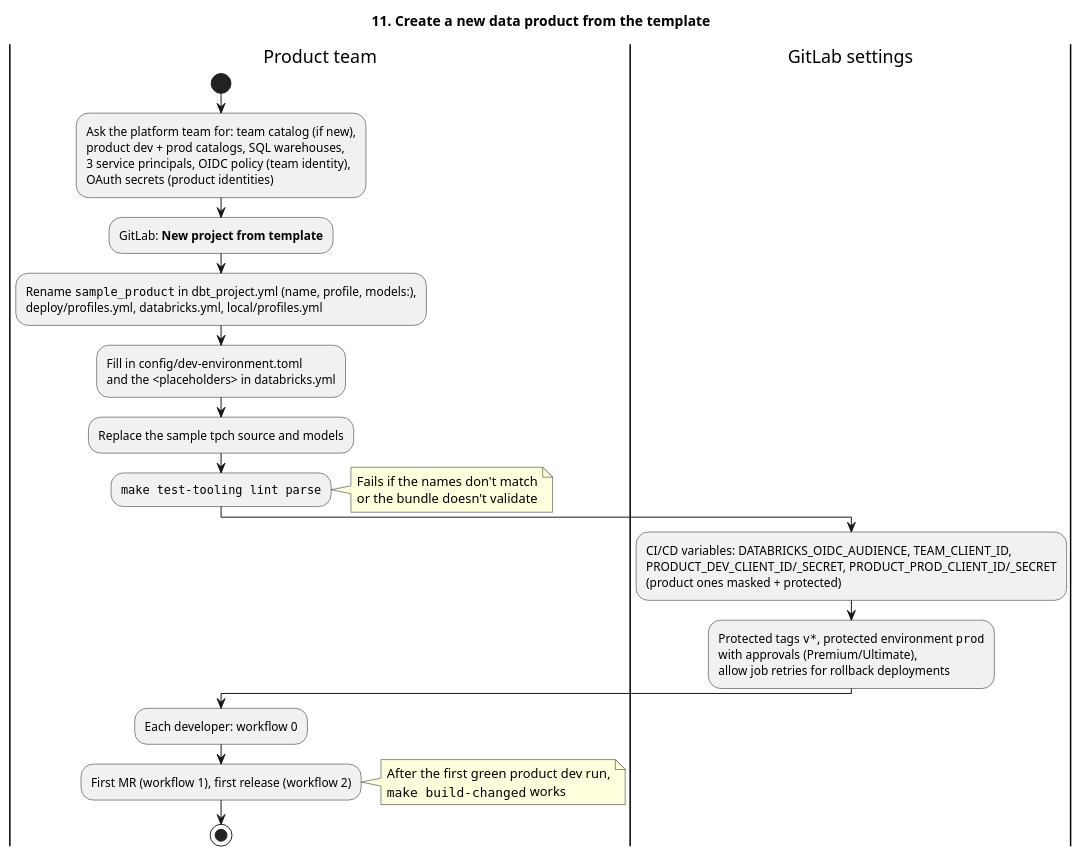
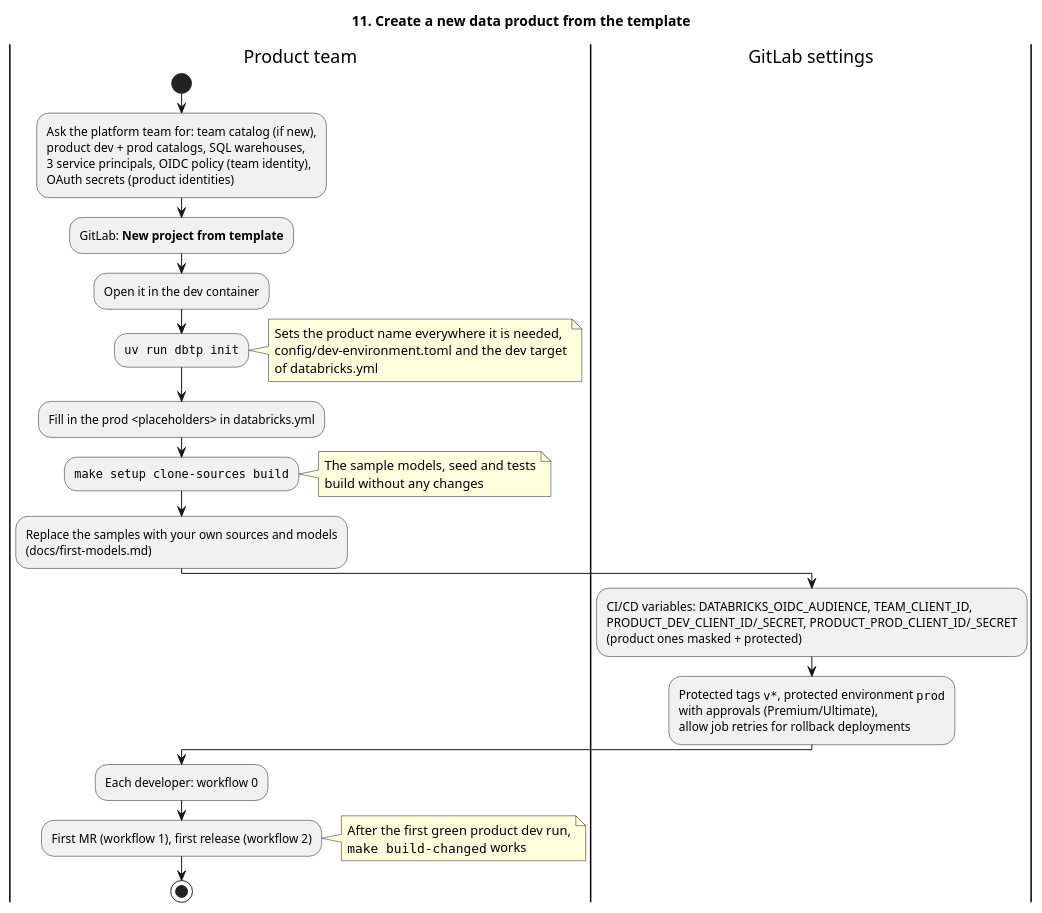
Before and after one commit to PeterHenell/dbt-databricks-template: the diagram in docs/diagrams/workflow-11-new-product.puml, drawn with PlantUML. The commit also changed 33 other files, not shown here.

```diff
--- a/docs/diagrams/workflow-11-new-product.puml
+++ b/docs/diagrams/workflow-11-new-product.puml
@@ -1,36 +1,41 @@
 @startuml workflow-11-new-product
 title 11. Create a new data product from the template
 
 |Product team|
 start
 :Ask the platform team for: team catalog (if new),
 product dev + prod catalogs, SQL warehouses,
 3 service principals, OIDC policy (team identity),
 OAuth secrets (product identities);
 :GitLab: **New project from template**;
-:Rename ""sample_product"" in dbt_project.yml (name, profile, models:),
-deploy/profiles.yml, databricks.yml, local/profiles.yml;
-:Fill in config/dev-environment.toml
-and the <placeholders> in databricks.yml;
-:Replace the sample tpch source and models;
-:""make test-tooling lint parse"";
+:Open it in the dev container;
+:""uv run dbtp init"";
 note right
-  Fails if the names don't match
-  or the bundle doesn't validate
+  Sets the product name everywhere it is needed,
+  config/dev-environment.toml and the dev target
+  of databricks.yml
 end note
+:Fill in the prod <placeholders> in databricks.yml;
+:""make setup clone-sources build"";
+note right
+  The sample models, seed and tests
+  build without any changes
+end note
+:Replace the samples with your own sources and models
+(docs/first-models.md);
 |GitLab settings|
 :CI/CD variables: DATABRICKS_OIDC_AUDIENCE, TEAM_CLIENT_ID,
 PRODUCT_DEV_CLIENT_ID/_SECRET, PRODUCT_PROD_CLIENT_ID/_SECRET
 (product ones masked + protected);
 :Protected tags ""v*"", protected environment ""prod""
 with approvals (Premium/Ultimate),
 allow job retries for rollback deployments;
 |Product team|
 :Each developer: workflow 0;
 :First MR (workflow 1), first release (workflow 2);
 note right
   After the first green product dev run,
   ""make build-changed"" works
 end note
 stop
 @enduml
```
